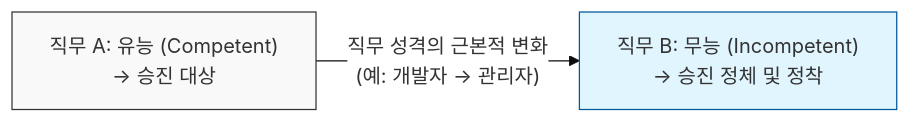
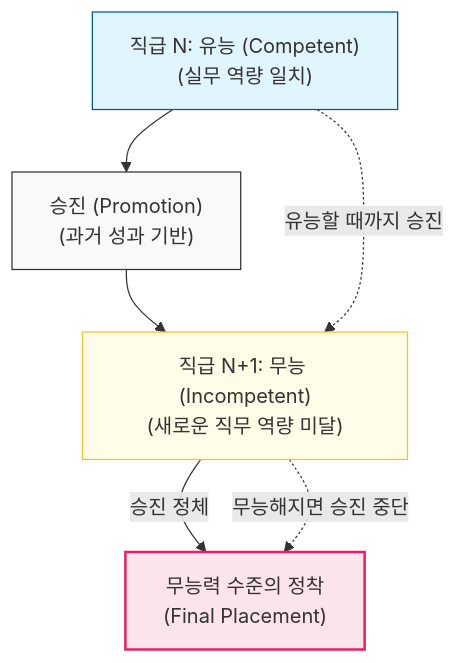
The second of 2 diagrams in docs/laws/peter-principle.md (jeonck/ai-sw-engineering), drawn with Mermaid before and after one commit. The commit also changed other lines of this file and 29 other files, not shown here.

````diff
--- a/docs/laws/peter-principle.md
+++ b/docs/laws/peter-principle.md
@@ -29,7 +30,15 @@
 ```mermaid
-%%{init: { 'theme': 'base', 'themeVariables': { 'edgeLabelBackground': '#fff' }}}%%
-flowchart LR
-    A2["직무 A: 유능 (Competent)\n→ 승진 대상"] -- "직무 성격의 근본적 변화\n(예: 개발자 → 관리자)" --> B2["직무 B: 무능 (Incompetent)\n→ 승진 정체 및 정착"]
-    style A2 fill:#f9f9f9,stroke:#333,stroke-width:1px
-    style B2 fill:#e1f5fe,stroke:#01579b,stroke-width:1px
+graph TD
+    LevelA["직급 N: 유능 (Competent)\n(실무 역량 일치)"] --> Promo["승진 (Promotion)\n(과거 성과 기반)"]
+    Promo --> LevelB["직급 N+1: 무능 (Incompetent)\n(새로운 직무 역량 미달)"]
+    
+    LevelB -- "승진 정체" --> Final["무능력 수준의 정착\n(Final Placement)"]
+    
+    LevelA -. "유능할 때까지 승진" .-> LevelB
+    LevelB -. "무능해지면 승진 중단" .-> Final
+    
+    style LevelA fill:#e1f5fe,stroke:#01579b,stroke-width:1px
+    style Promo fill:#f9f9f9,stroke:#333,stroke-width:1px
+    style LevelB fill:#fffde7,stroke:#fbc02d,stroke-width:1px
+    style Final fill:#fce4ec,stroke:#e91e63,stroke-width:2px
 ```
````
